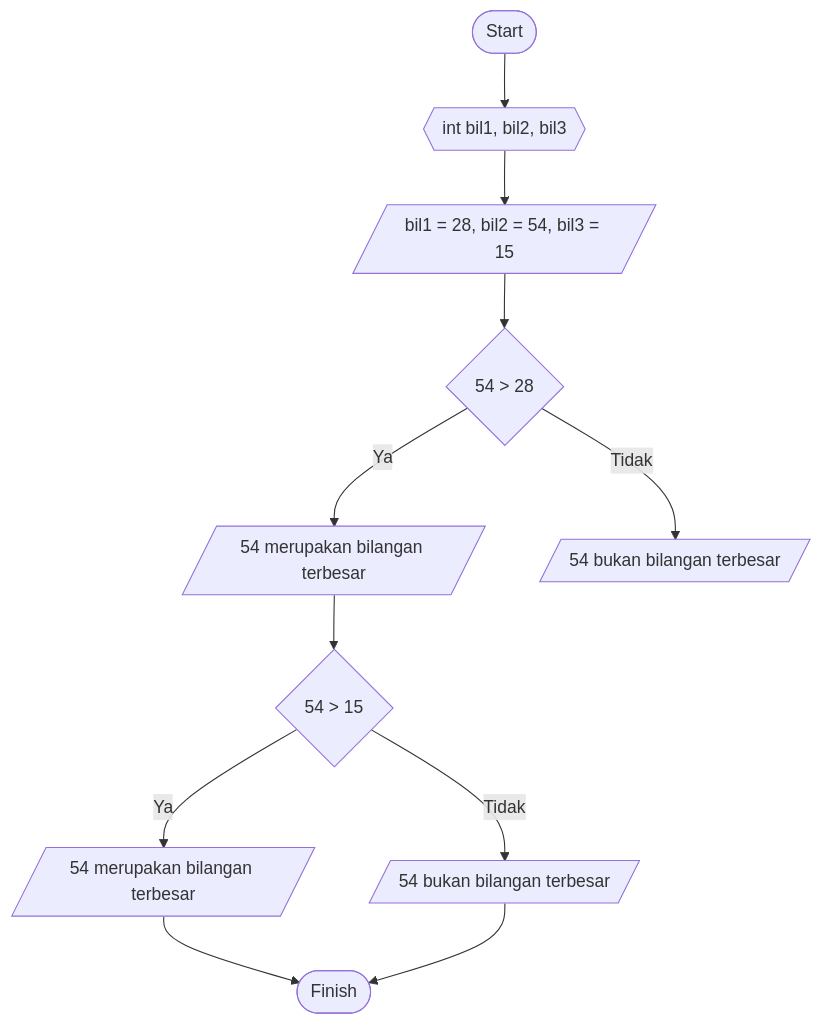
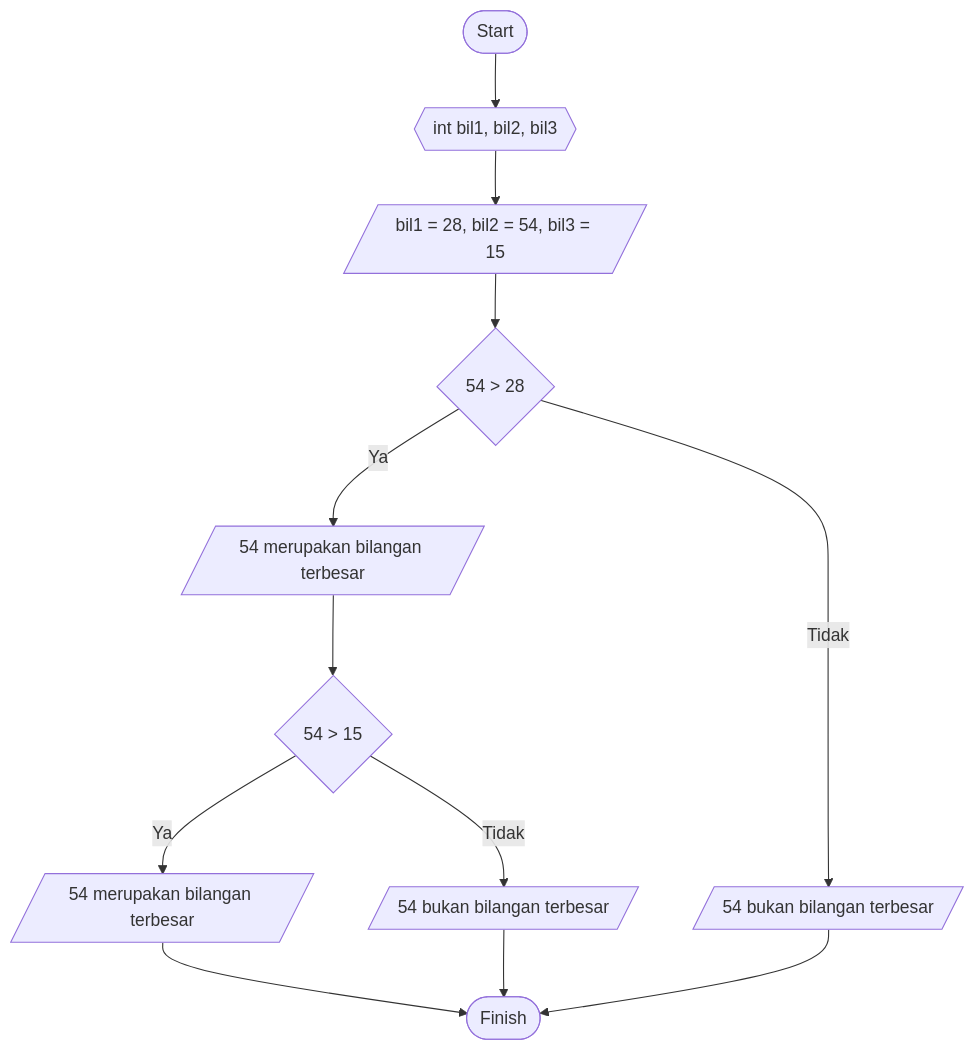
One commit to SATRIODIANNUGROHO/Sample2.1 changed the diagram in justfrofun5.md. Above: the diagram before and after it, drawn with Mermaid.

````diff
--- a/justfrofun5.md
+++ b/justfrofun5.md
@@ -3,13 +3,14 @@
 ```mermaid
 flowchart TD;
 1([Start])-->2{{int bil1, bil2, bil3}};
 2{{int bil1, bil2, bil3}}-->3[/bil1 = 28, bil2 = 54, bil3 = 15/];
 3[/bil1 = 28, bil2 = 54, bil3 = 15/]-->4{54 > 28};
 4{54 > 28}-->|Ya|5[/54 merupakan bilangan terbesar/];
 4{54 > 28}-->|Tidak|6[/54 bukan bilangan terbesar/];
 5[/54 merupakan bilangan terbesar/]-->7{54 > 15};
 7{54 > 15}-->|Ya|8[/54 merupakan bilangan terbesar/];
 7{54 > 15}-->|Tidak|9[/54 bukan bilangan terbesar/];
 8[/54 merupakan bilangan terbesar/]-->10([Finish]);
 9[/54 bukan bilangan terbesar/]-->10([Finish]);
+6[/54 bukan bilangan terbesar/]-->10([Finish]);
 ```
````
